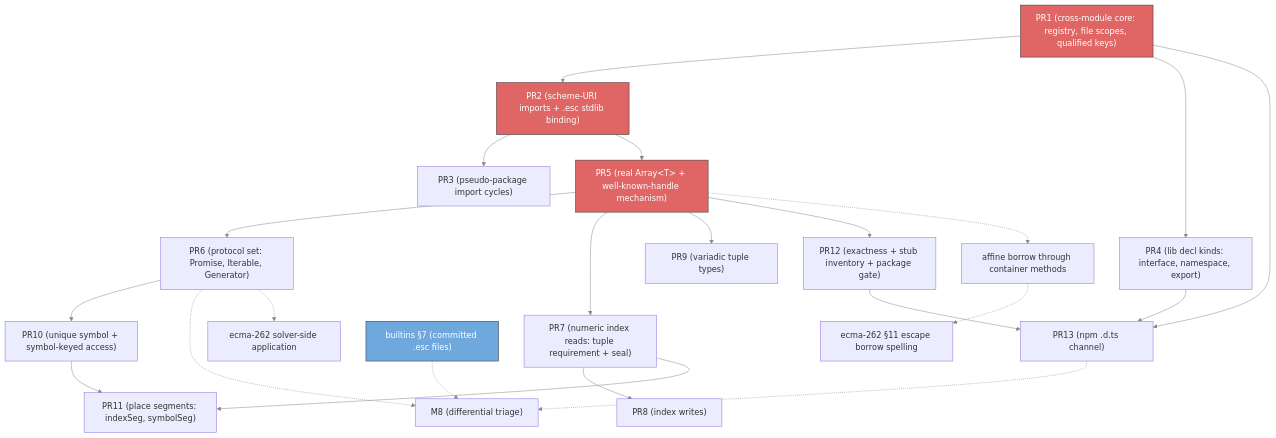
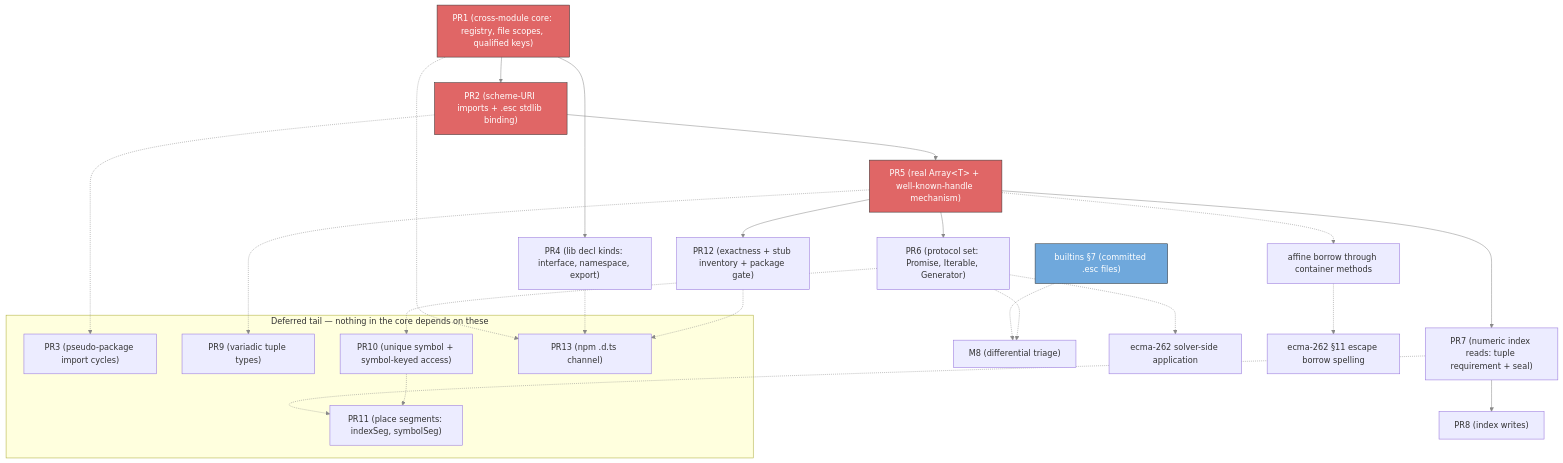
Before and after one commit to escalier-lang/escalier: the diagram in planning/simple_sub/m7.5-implementation-plan.md, drawn with Mermaid. The commit also changed other lines of this file, not shown here.

````diff
--- a/planning/simple_sub/m7.5-implementation-plan.md
+++ b/planning/simple_sub/m7.5-implementation-plan.md
@@ -861,50 +985,54 @@
 ```mermaid
 graph TD
     PR1["PR1 (cross-module core: registry, file scopes, qualified keys)"]
     PR2["PR2 (scheme-URI imports + .esc stdlib binding)"]
-    PR3["PR3 (pseudo-package import cycles)"]
     PR4["PR4 (lib decl kinds: interface, namespace, export)"]
     PR5["PR5 (real Array&lt;T&gt; + well-known-handle mechanism)"]
     PR6["PR6 (protocol set: Promise, Iterable, Generator)"]
     PR7["PR7 (numeric index reads: tuple requirement + seal)"]
     PR8["PR8 (index writes)"]
-    PR9["PR9 (variadic tuple types)"]
-    PR10["PR10 (unique symbol + symbol-keyed access)"]
-    PR11["PR11 (place segments: indexSeg, symbolSeg)"]
     PR12["PR12 (exactness + stub inventory + package gate)"]
-    PR13["PR13 (npm .d.ts channel)"]
+
+    subgraph deferred["Deferred tail — nothing in the core depends on these"]
+        PR3["PR3 (pseudo-package import cycles)"]
+        PR9["PR9 (variadic tuple types)"]
+        PR10["PR10 (unique symbol + symbol-keyed access)"]
+        PR11["PR11 (place segments: indexSeg, symbolSeg)"]
+        PR13["PR13 (npm .d.ts channel)"]
+    end
+
     B7["builtins §7 (committed .esc files)"]
     M8["M8 (differential triage)"]
     AFF["affine borrow through container methods"]
     E262["ecma-262 solver-side application"]
     E262C["ecma-262 §11 escape borrow spelling"]
 
     PR1 --> PR2
     PR1 --> PR4
-    PR1 --> PR13
-    PR2 --> PR3
     PR2 --> PR5
     PR5 --> PR6
     PR5 --> PR7
-    PR5 --> PR9
     PR5 --> PR12
-    PR6 --> PR10
     PR7 --> PR8
-    PR7 --> PR11
-    PR10 --> PR11
-    PR4 --> PR13
-    PR12 --> PR13
+
+    PR2 -.-> PR3
+    PR5 -.-> PR9
+    PR6 -.-> PR10
+    PR7 -.-> PR11
+    PR10 -.-> PR11
+    PR1 -.-> PR13
+    PR4 -.-> PR13
+    PR12 -.-> PR13
 
     B7 -.-> M8
     PR6 -.-> M8
-    PR13 -.-> M8
     PR5 -.-> AFF
     PR6 -.-> E262
     AFF -.-> E262C
 
     linkStyle default stroke:#888
     style PR1 fill:#e06666,stroke:#333,color:#fff
     style PR2 fill:#e06666,stroke:#333,color:#fff
     style PR5 fill:#e06666,stroke:#333,color:#fff
     style B7 fill:#6fa8dc,stroke:#333,color:#fff
 ```
````
